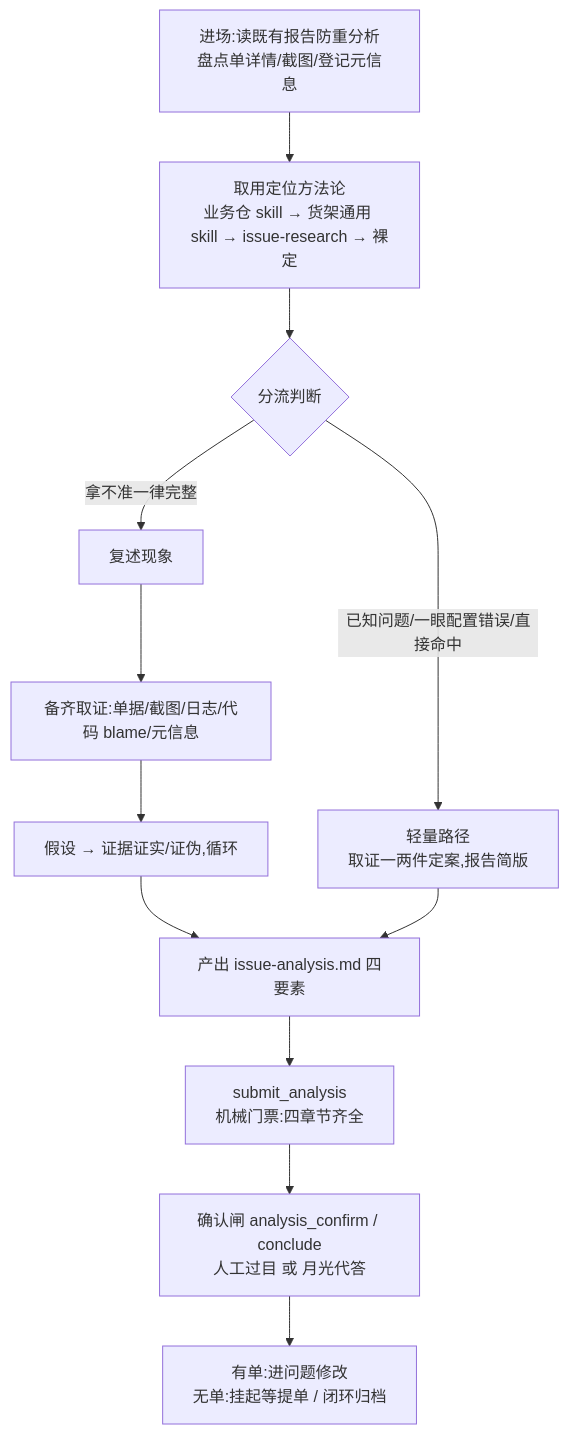
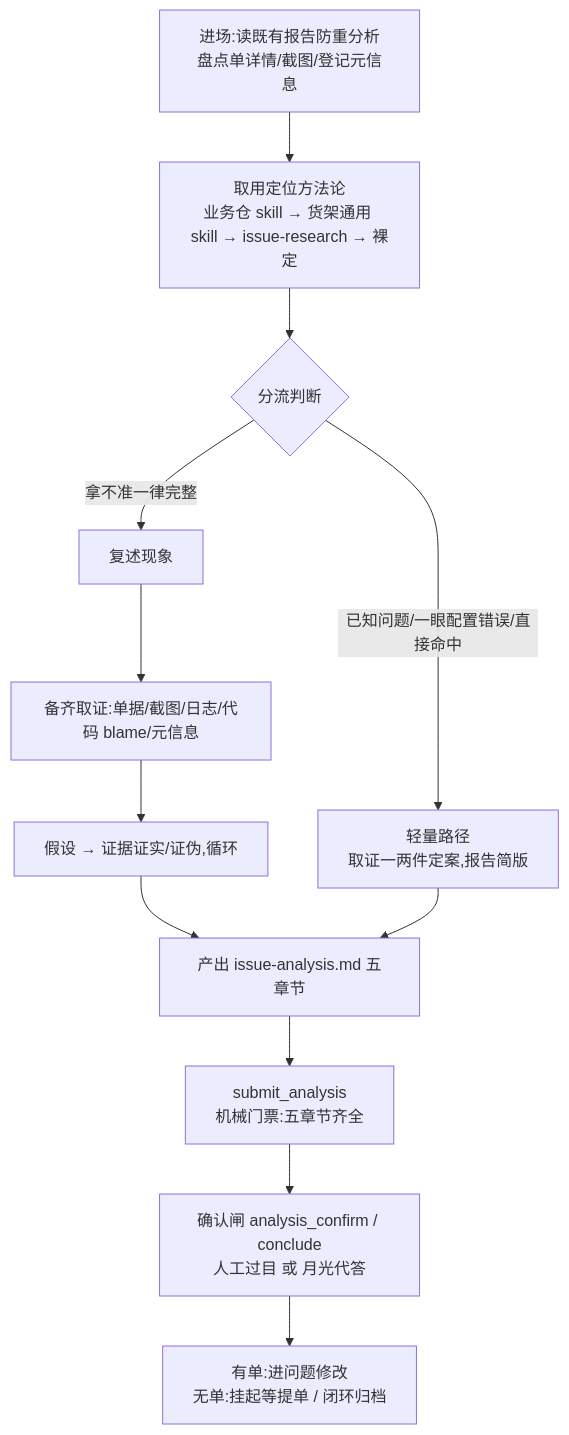
One commit to yunine9/mae-flow-cloud changed the diagram in docs/issue-analysis-workflow.md. Above: the diagram before and after it, drawn with Mermaid. The commit also changed other lines of this file and 19 other files, not shown here.

````diff
--- a/docs/issue-analysis-workflow.md
+++ b/docs/issue-analysis-workflow.md
@@ -14,14 +14,14 @@
 ```mermaid
 flowchart TD
     A[进场:读既有报告防重分析<br/>盘点单详情/截图/登记元信息] --> B[取用定位方法论<br/>业务仓 skill → 货架通用 skill → issue-research → 裸定]
     B --> C{分流判断}
     C -- 已知问题/一眼配置错误/直接命中 --> D[轻量路径<br/>取证一两件定案,报告简版]
     C -- 拿不准一律完整 --> E[复述现象]
     E --> F[备齐取证:单据/截图/日志/代码 blame/元信息]
     F --> G[假设 → 证据证实/证伪,循环]
-    G --> H[产出 issue-analysis.md 四要素]
+    G --> H[产出 issue-analysis.md 五章节]
     D --> H
-    H --> I[submit_analysis<br/>机械门票:四章节齐全]
+    H --> I[submit_analysis<br/>机械门票:五章节齐全]
     I --> J[确认闸 analysis_confirm / conclude<br/>人工过目 或 月光代答]
     J --> K[有单:进问题修改<br/>无单:挂起等提单 / 闭环归档]
 ```
````
